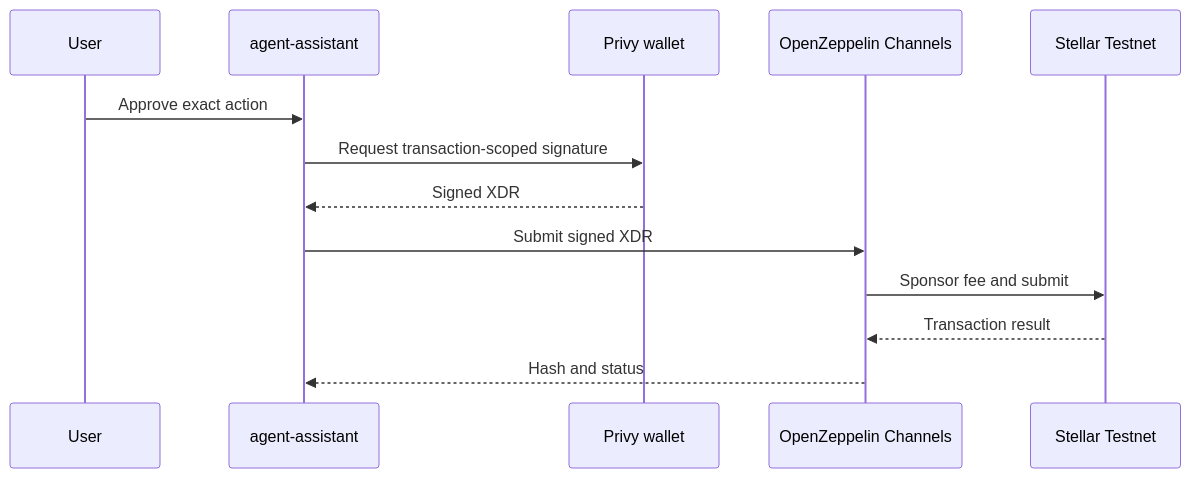
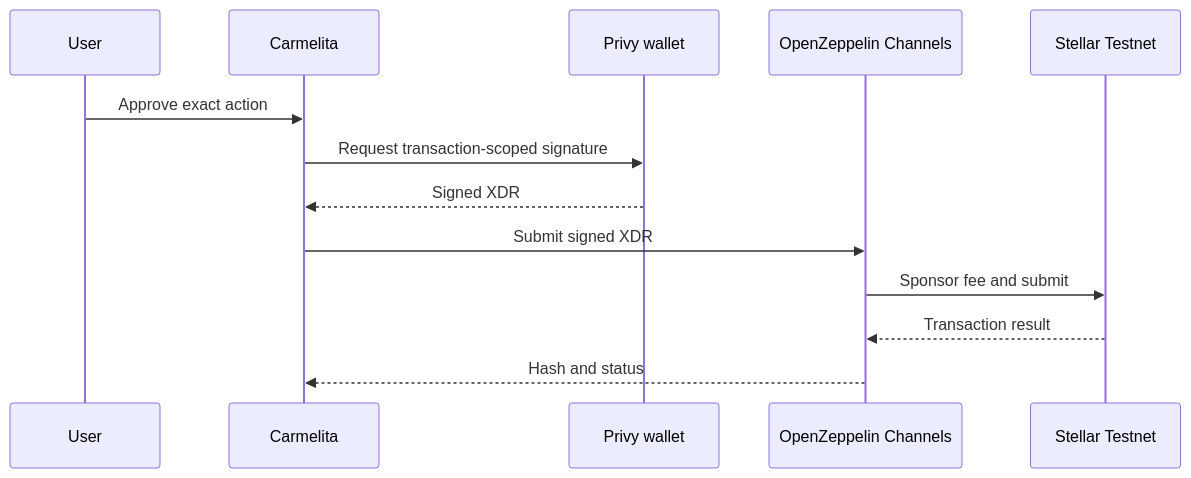
Before and after one commit to CaBsCrypto/agente-asistente: the diagram in docs/openzeppelin-stellar-channels.md, drawn with Mermaid. The commit also changed 65 other files, not shown here.

````diff
--- a/docs/openzeppelin-stellar-channels.md
+++ b/docs/openzeppelin-stellar-channels.md
@@ -14,15 +14,15 @@
 ```mermaid
 sequenceDiagram
   participant U as User
-  participant A as agent-assistant
+  participant A as Carmelita
   participant P as Privy wallet
   participant O as OpenZeppelin Channels
   participant S as Stellar Testnet
   U->>A: Approve exact action
   A->>P: Request transaction-scoped signature
   P-->>A: Signed XDR
   A->>O: Submit signed XDR
   O->>S: Sponsor fee and submit
   S-->>O: Transaction result
   O-->>A: Hash and status
 ```
````
